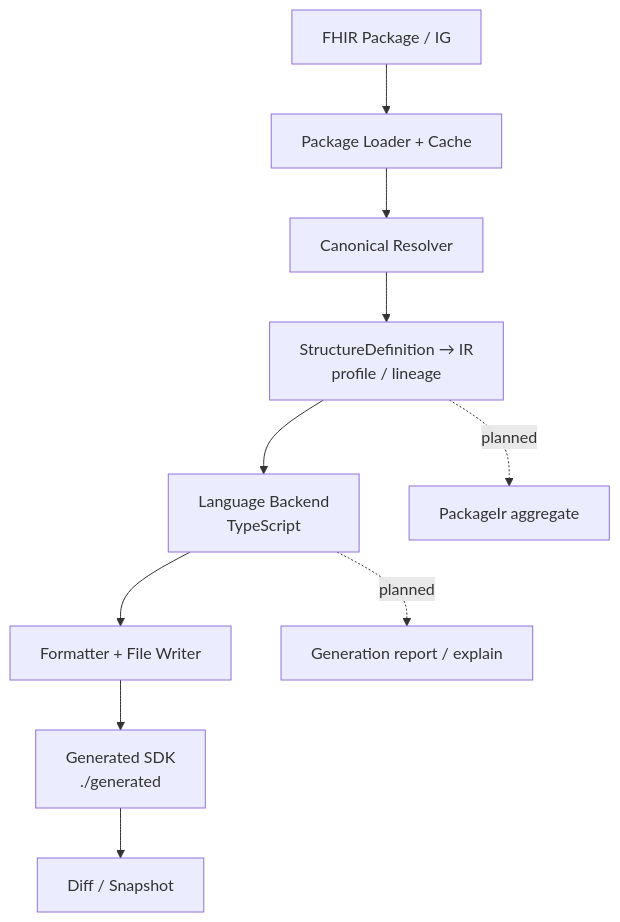
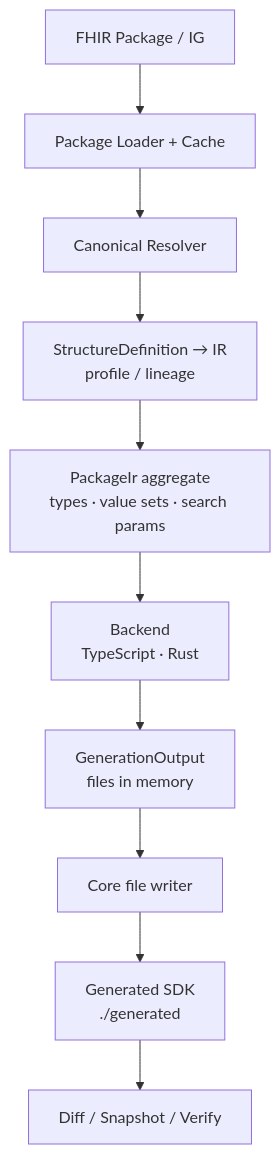
One commit to octofhir/inkgen changed the diagram in README.md. Above: the diagram before and after it, drawn with Mermaid. The commit also changed other lines of this file, not shown here.

First line of the commit message:
docs: update README for the PackageIr/Backend platform

````diff
--- a/README.md
+++ b/README.md
@@ -66,12 +73,12 @@
 ```mermaid
 flowchart TD
     A[FHIR Package / IG] --> B[Package Loader + Cache]
     B --> C[Canonical Resolver]
     C --> D[StructureDefinition → IR<br/>profile / lineage]
-    D --> E[Language Backend<br/>TypeScript]
-    E --> F[Formatter + File Writer]
-    F --> G[Generated SDK<br/>./generated]
-    G --> H[Diff / Snapshot]
-    D -. planned .-> I[PackageIr aggregate]
-    E -. planned .-> J[Generation report / explain]
+    D --> E[PackageIr aggregate<br/>types · value sets · search params]
+    E --> F[Backend<br/>TypeScript · Rust]
+    F --> G[GenerationOutput<br/>files in memory]
+    G --> H[Core file writer]
+    H --> I[Generated SDK<br/>./generated]
+    I --> J[Diff / Snapshot / Verify]
 ```
````
